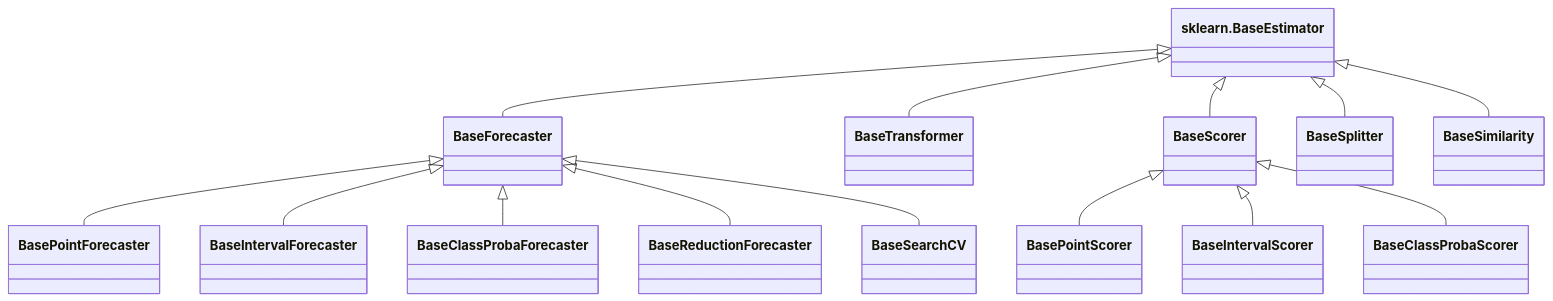
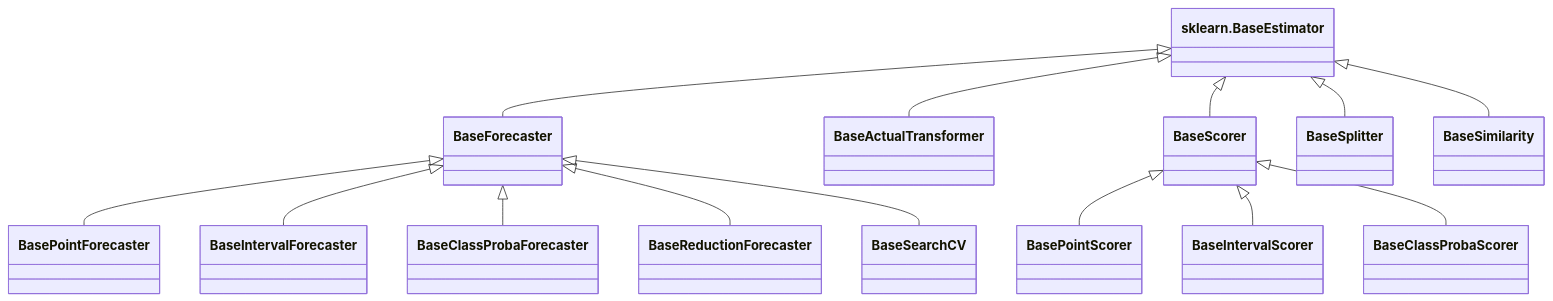
One commit to stateful-y/yohou changed the diagram in docs/pages/explanation/core-concepts.md. Above: the diagram before and after it, drawn with Mermaid. The commit also changed other lines of this file and 59 other files, not shown here.

First line of the commit message:
refactor(transformers)!: remove BaseTransformer alias, rename to BaseActualTransformer

````diff
--- a/docs/pages/explanation/core-concepts.md
+++ b/docs/pages/explanation/core-concepts.md
@@ -140,35 +140,35 @@
 ```mermaid
 classDiagram
     class BaseEstimator["sklearn.BaseEstimator"]
 
     class BaseForecaster
     class BasePointForecaster
     class BaseIntervalForecaster
     class BaseClassProbaForecaster
     class BaseReductionForecaster
     class BaseSearchCV
 
-    class BaseTransformer
+    class BaseActualTransformer
     class BaseScorer
     class BasePointScorer
     class BaseIntervalScorer
     class BaseClassProbaScorer
     class BaseSplitter
     class BaseSimilarity
 
     BaseEstimator <|-- BaseForecaster
-    BaseEstimator <|-- BaseTransformer
+    BaseEstimator <|-- BaseActualTransformer
     BaseEstimator <|-- BaseScorer
     BaseEstimator <|-- BaseSplitter
     BaseEstimator <|-- BaseSimilarity
 
     BaseForecaster <|-- BasePointForecaster
     BaseForecaster <|-- BaseIntervalForecaster
     BaseForecaster <|-- BaseClassProbaForecaster
     BaseForecaster <|-- BaseReductionForecaster
     BaseForecaster <|-- BaseSearchCV
 
     BaseScorer <|-- BasePointScorer
     BaseScorer <|-- BaseIntervalScorer
     BaseScorer <|-- BaseClassProbaScorer
 ```
````
